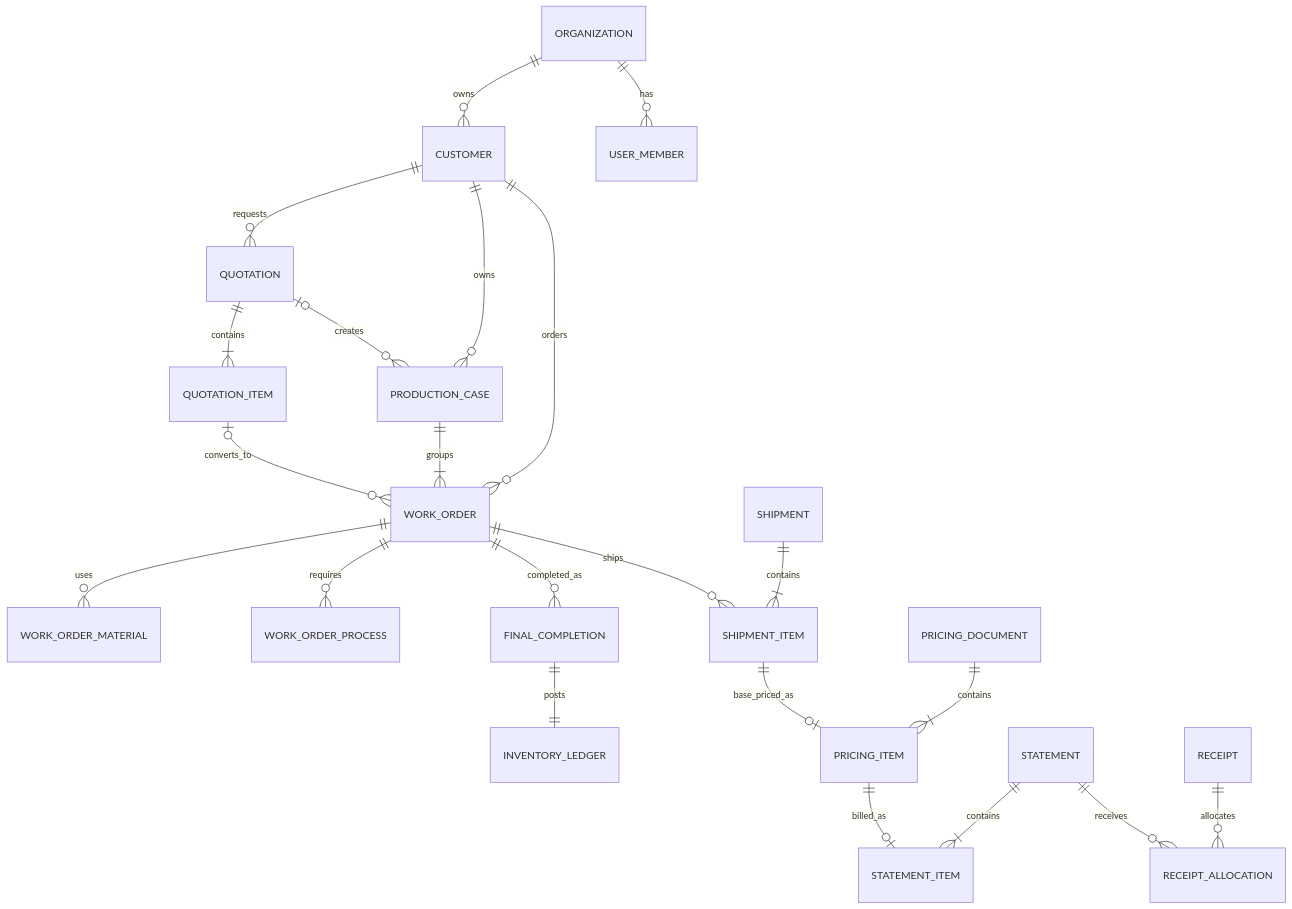
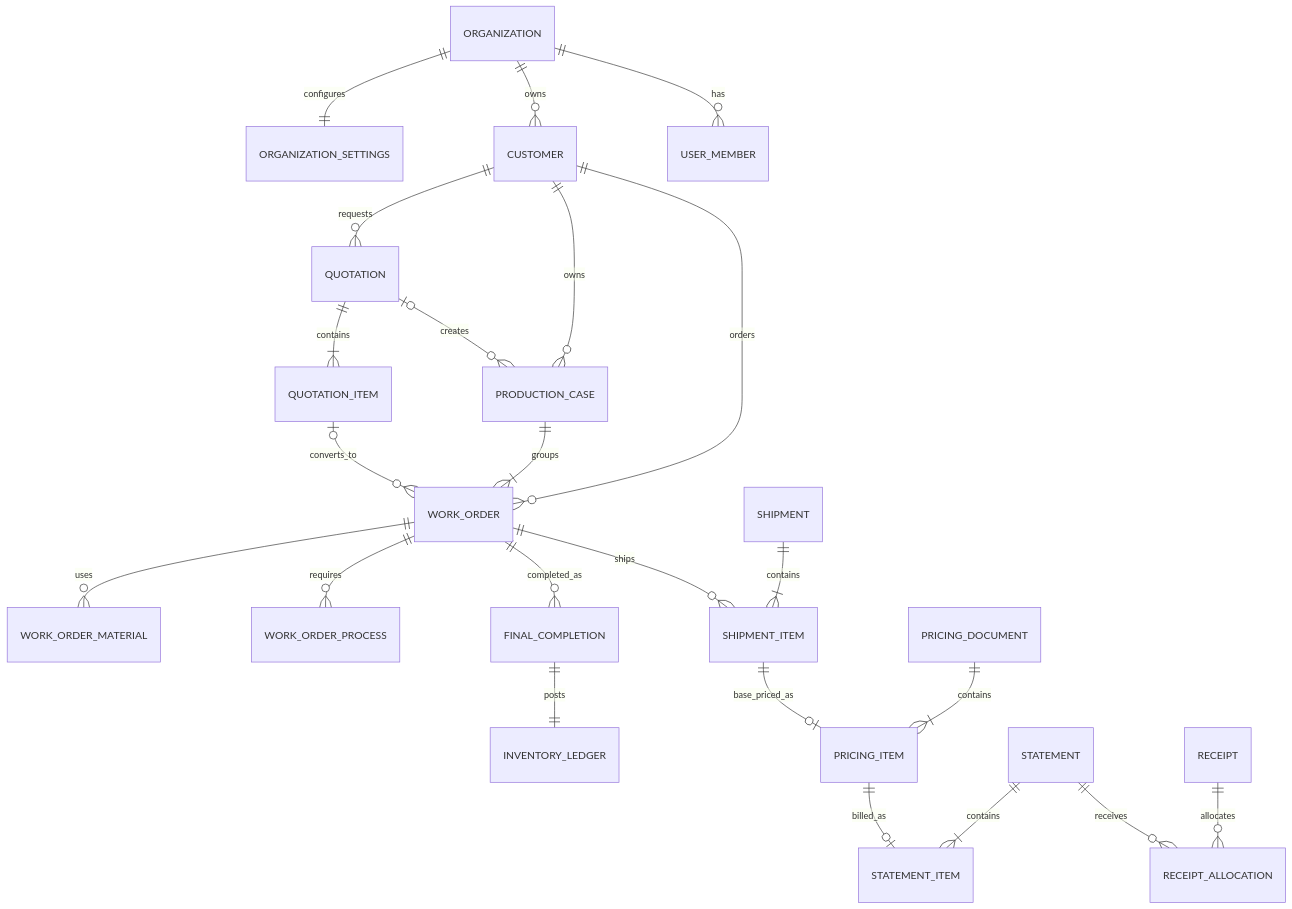
The diagram in docs/資料模型與業務規則.md (kk98033/company-operations-system), drawn with Mermaid before and after one commit. The commit also changed other lines of this file and 37 other files, not shown here.

Commit message:
feat: add company organization settings

````diff
--- a/docs/資料模型與業務規則.md
+++ b/docs/資料模型與業務規則.md
@@ -7,24 +7,25 @@
 ```mermaid
 erDiagram
+    ORGANIZATION ||--|| ORGANIZATION_SETTINGS : configures
     ORGANIZATION ||--o{ CUSTOMER : owns
     ORGANIZATION ||--o{ USER_MEMBER : has
     CUSTOMER ||--o{ QUOTATION : requests
     QUOTATION ||--|{ QUOTATION_ITEM : contains
     CUSTOMER ||--o{ PRODUCTION_CASE : owns
     QUOTATION o|--o{ PRODUCTION_CASE : creates
     PRODUCTION_CASE ||--|{ WORK_ORDER : groups
     QUOTATION_ITEM o|--o{ WORK_ORDER : converts_to
     CUSTOMER ||--o{ WORK_ORDER : orders
     WORK_ORDER ||--o{ WORK_ORDER_MATERIAL : uses
     WORK_ORDER ||--o{ WORK_ORDER_PROCESS : requires
     WORK_ORDER ||--o{ FINAL_COMPLETION : completed_as
     FINAL_COMPLETION ||--|| INVENTORY_LEDGER : posts
     WORK_ORDER ||--o{ SHIPMENT_ITEM : ships
     SHIPMENT ||--|{ SHIPMENT_ITEM : contains
     SHIPMENT_ITEM ||--o| PRICING_ITEM : base_priced_as
     PRICING_DOCUMENT ||--|{ PRICING_ITEM : contains
     PRICING_ITEM ||--o| STATEMENT_ITEM : billed_as
     STATEMENT ||--|{ STATEMENT_ITEM : contains
     RECEIPT ||--o{ RECEIPT_ALLOCATION : allocates
     STATEMENT ||--o{ RECEIPT_ALLOCATION : receives
 ```
````
